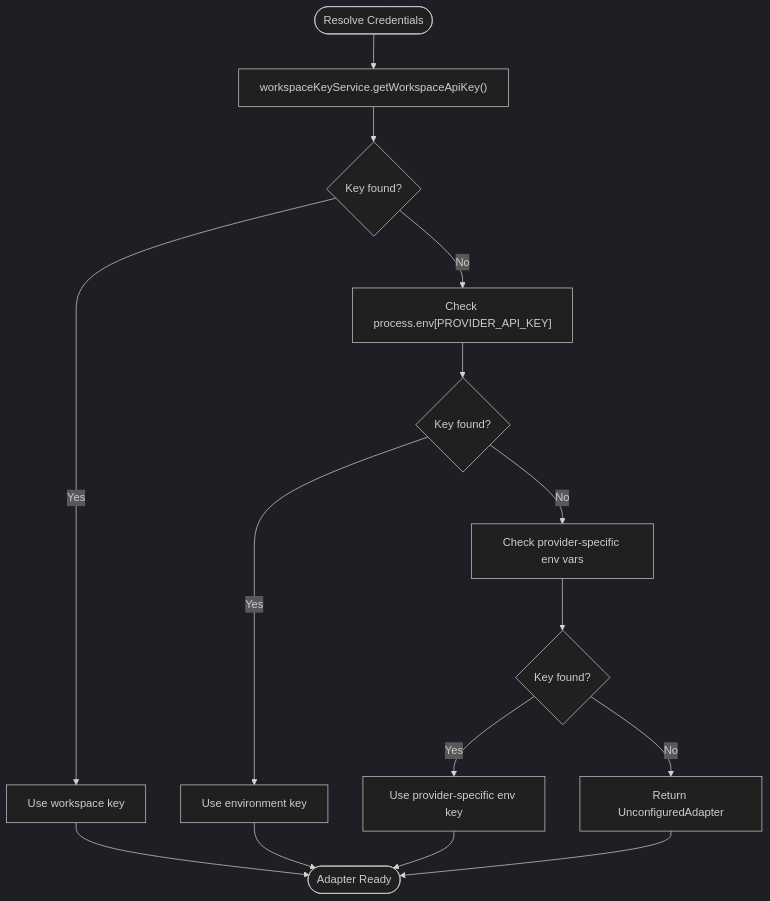
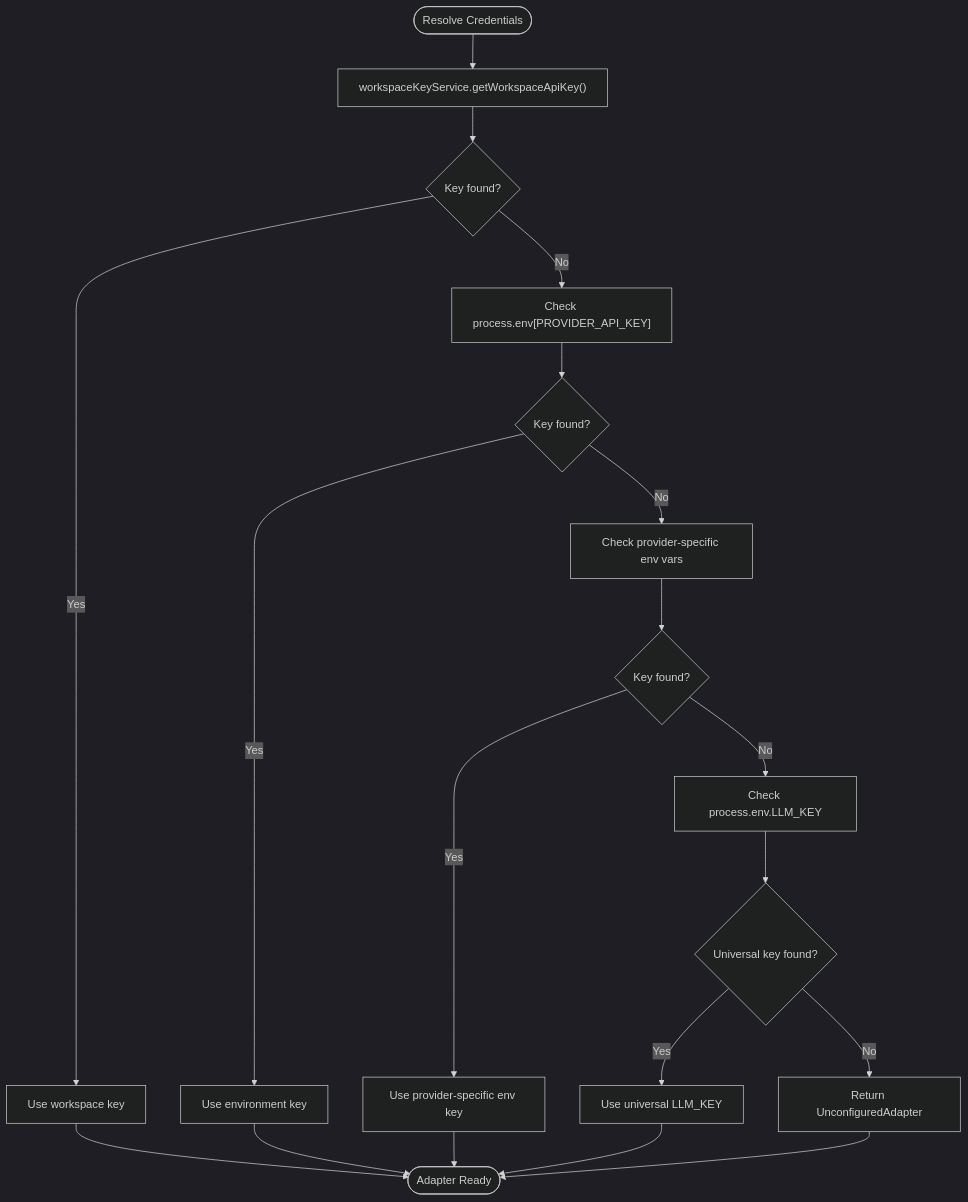
The third of 9 diagrams in .qoder/repowiki/en/content/AI Generation Engine/AI Provider Adapters/Configuration & Authentication Management.md (shekhargiri005-dotcom/AI-powered-accessibility-first-UI-engine), drawn with Mermaid (dark theme) before and after one commit. The commit also changed other lines of this file and 8 other files, not shown here.

````diff
--- a/.qoder/repowiki/en/content/AI Generation Engine/AI Provider Adapters/Configuration & Authentication Management.md
+++ b/.qoder/repowiki/en/content/AI Generation Engine/AI Provider Adapters/Configuration & Authentication Management.md
@@ -132,17 +140,21 @@
 ```mermaid
 flowchart TD
 Start(["Resolve Credentials"]) --> WS["workspaceKeyService.getWorkspaceApiKey()"]
 WS --> FoundWS{"Key found?"}
 FoundWS --> |Yes| UseWS["Use workspace key"]
 FoundWS --> |No| Env["Check process.env[PROVIDER_API_KEY]"]
 Env --> FoundEnv{"Key found?"}
 FoundEnv --> |Yes| UseEnv["Use environment key"]
 FoundEnv --> |No| Fallbacks["Check provider-specific env vars"]
 Fallbacks --> FoundFB{"Key found?"}
 FoundFB --> |Yes| UseFB["Use provider-specific env key"]
-FoundFB --> |No| Unconfigured["Return UnconfiguredAdapter"]
+FoundFB --> |No| Universal["Check process.env.LLM_KEY"]
+Universal --> FoundUni{"Universal key found?"}
+FoundUni --> |Yes| UseUni["Use universal LLM_KEY"]
+FoundUni --> |No| Unconfigured["Return UnconfiguredAdapter"]
 UseWS --> End(["Adapter Ready"])
 UseEnv --> End
 UseFB --> End
+UseUni --> End
 Unconfigured --> End
 ```
````
